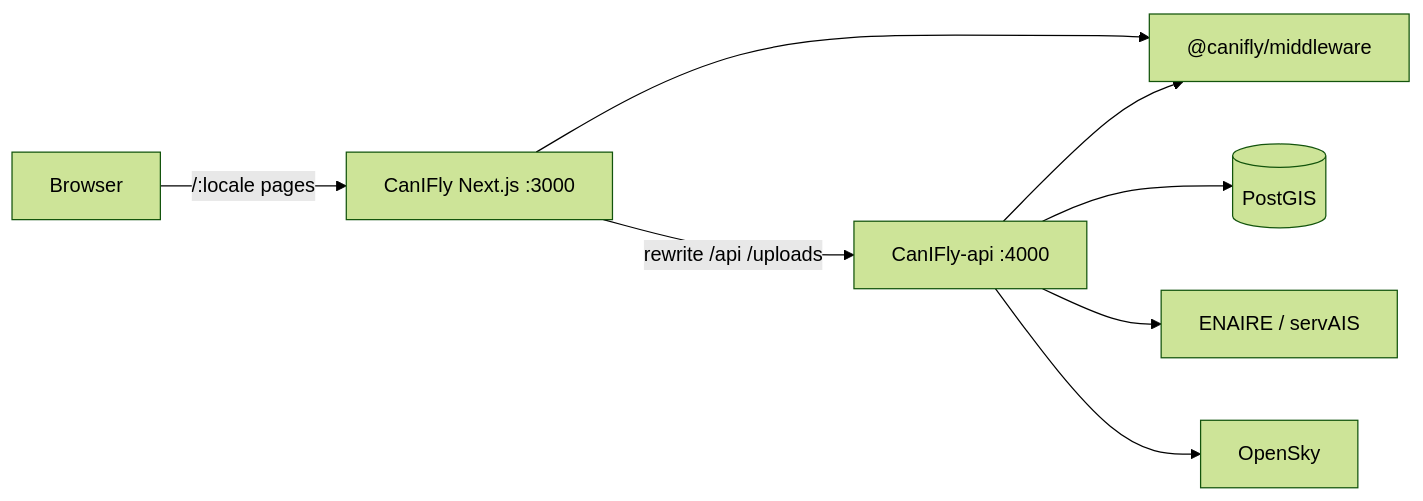
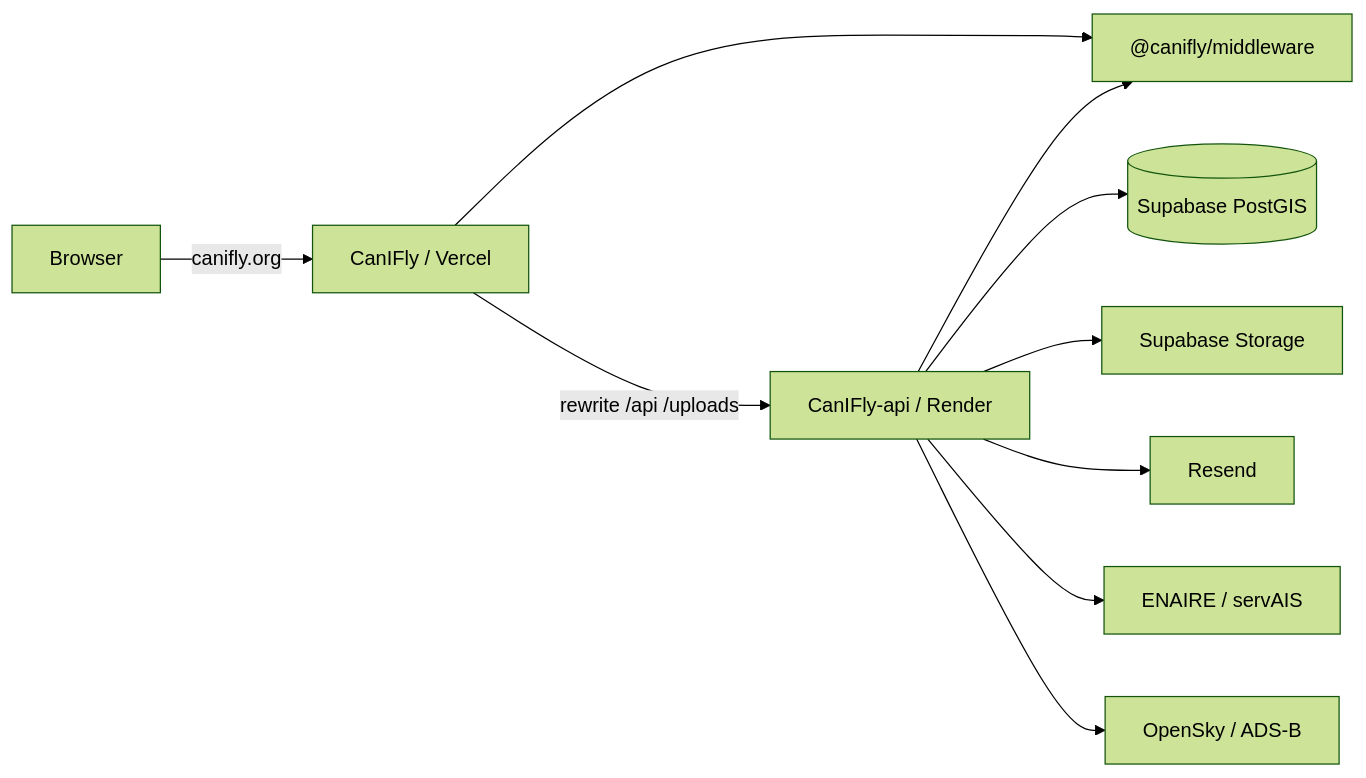
Before and after one commit to EugeneKrokhmal/CanIFly: the diagram in README.md, drawn with Mermaid (forest theme). The commit also changed other lines of this file and 5 other files, not shown here.

First line of the commit message:
Fix language switch when the locale API is unavailable.

````diff
--- a/README.md
+++ b/README.md
@@ -47,10 +103,12 @@
 ```mermaid
 flowchart LR
-  Browser -->|"/:locale pages"| Web[CanIFly Next.js :3000]
-  Web -->|"rewrite /api /uploads"| API[CanIFly-api :4000]
+  Browser -->|"canifly.org"| Web[CanIFly / Vercel]
+  Web -->|"rewrite /api /uploads"| API[CanIFly-api / Render]
   Web --> MW["@canifly/middleware"]
   API --> MW
-  API --> PG[(PostGIS)]
+  API --> PG[(Supabase PostGIS)]
+  API --> Storage[Supabase Storage]
+  API --> Resend[Resend]
   API --> ENAIRE[ENAIRE / servAIS]
-  API --> OpenSky[OpenSky]
+  API --> Traffic[OpenSky / ADS-B]
 ```
````
